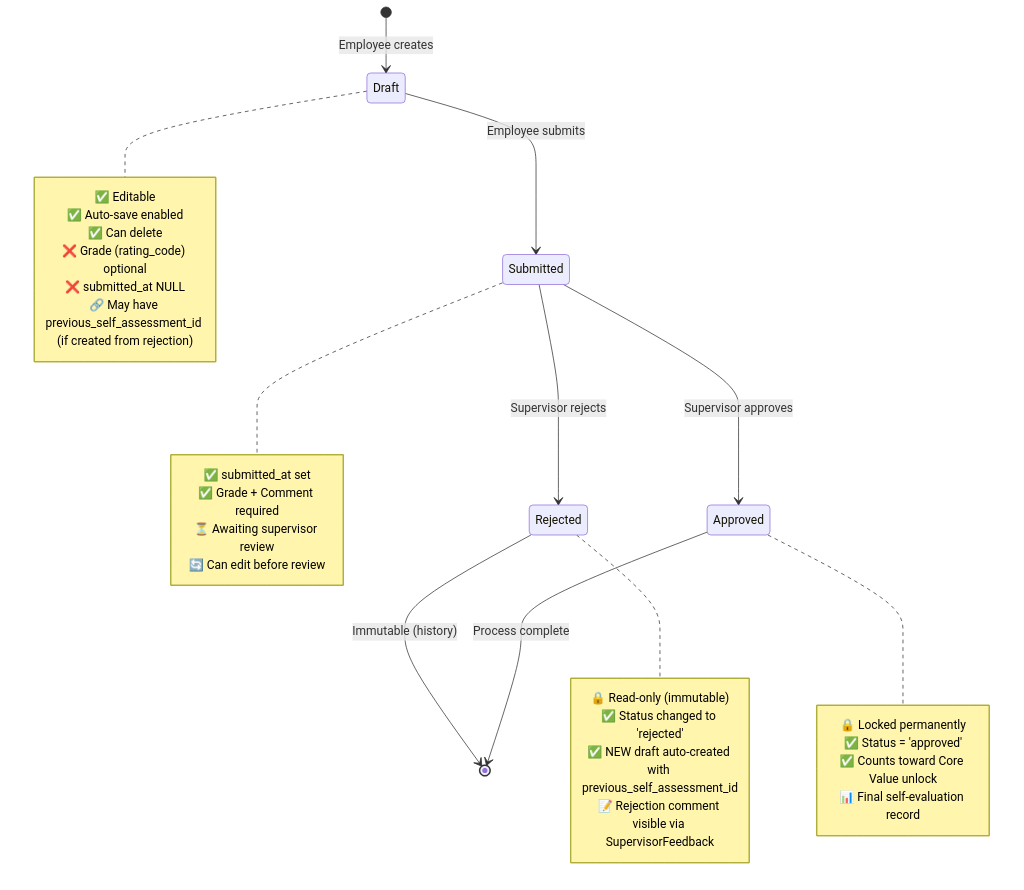
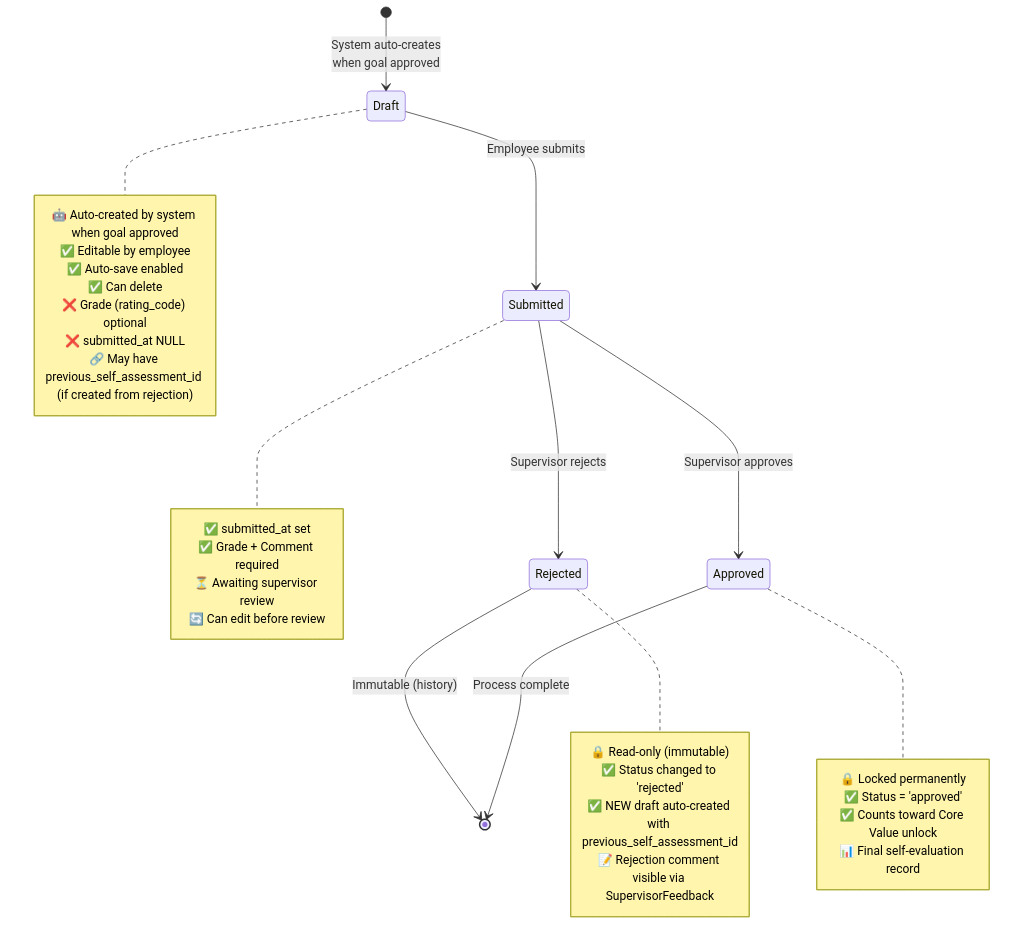
Before and after one commit to shintairiku/evaluation-system: the second of 3 diagrams in .kiro/specs/self-assessment/domain-model.md, drawn with Mermaid. The commit also changed other lines of this file, not shown here.

Commit message:
docs: clarify self-assessment auto-creation

````diff
--- a/.kiro/specs/self-assessment/domain-model.md
+++ b/.kiro/specs/self-assessment/domain-model.md
@@ -451,39 +452,40 @@
 ```mermaid
 stateDiagram-v2
-    [*] --> Draft: Employee creates
+    [*] --> Draft: System auto-creates<br/>when goal approved
     Draft --> Submitted: Employee submits
     Submitted --> Rejected: Supervisor rejects
     Submitted --> Approved: Supervisor approves
     Rejected --> [*]: Immutable (history)
     Approved --> [*]: Process complete
 
     note right of Draft
-        ✅ Editable
+        🤖 Auto-created by system when goal approved
+        ✅ Editable by employee
         ✅ Auto-save enabled
         ✅ Can delete
         ❌ Grade (rating_code) optional
         ❌ submitted_at NULL
         🔗 May have previous_self_assessment_id (if created from rejection)
     end note
 
     note right of Submitted
         ✅ submitted_at set
         ✅ Grade + Comment required
         ⏳ Awaiting supervisor review
         🔄 Can edit before review
     end note
 
     note right of Rejected
         🔒 Read-only (immutable)
         ✅ Status changed to 'rejected'
         ✅ NEW draft auto-created with previous_self_assessment_id
         📝 Rejection comment visible via SupervisorFeedback
     end note
 
     note right of Approved
         🔒 Locked permanently
         ✅ Status = 'approved'
         ✅ Counts toward Core Value unlock
         📊 Final self-evaluation record
     end note
 ```
````
